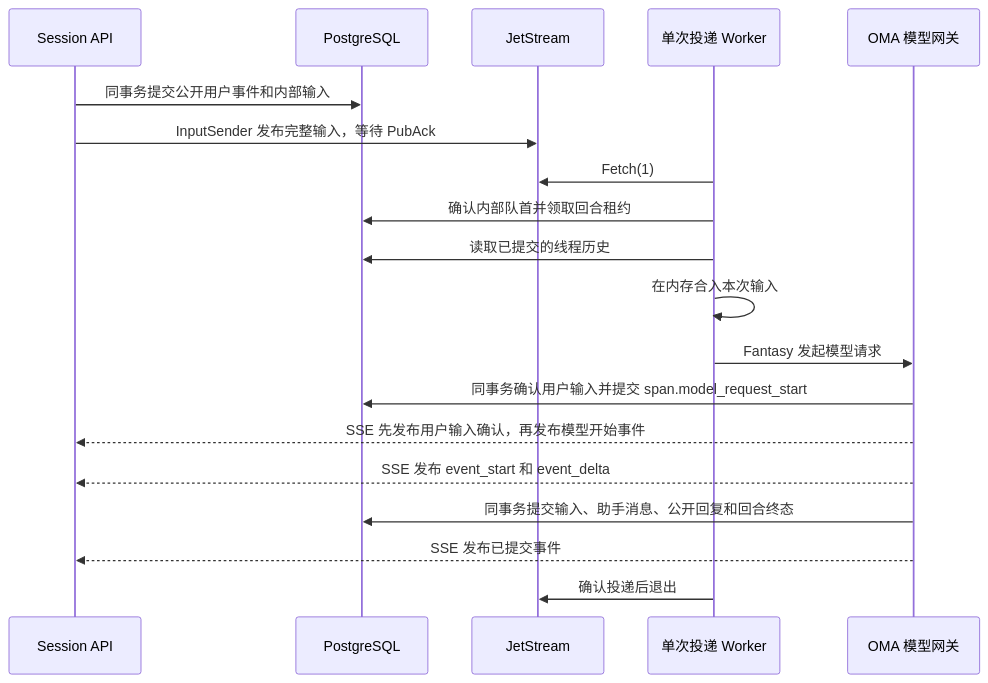
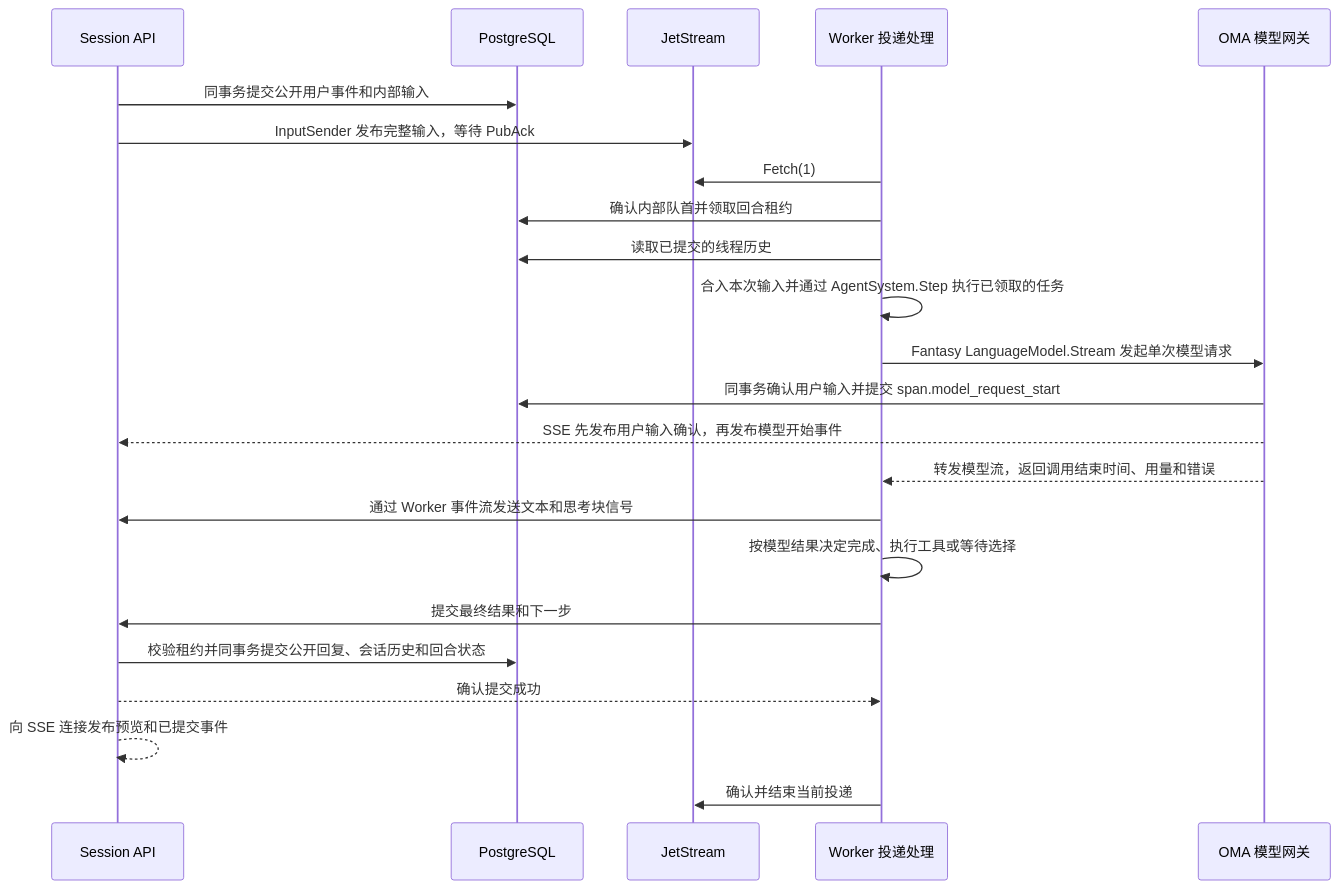
One commit to superduck-ai/open-managed-agents changed the first of 2 diagrams in docs/design/be/cloud-harness-worker.md. Above: the diagram before and after it, drawn with Mermaid. The commit also changed other lines of this file and 105 other files, not shown here.

````diff
--- a/docs/design/be/cloud-harness-worker.md
+++ b/docs/design/be/cloud-harness-worker.md
@@ -7,21 +7,25 @@
 ```mermaid
 sequenceDiagram
     participant C as Session API
     participant D as PostgreSQL
     participant N as JetStream
-    participant W as 单次投递 Worker
+    participant W as Worker 投递处理
     participant M as OMA 模型网关
     C->>D: 同事务提交公开用户事件和内部输入
     C->>N: InputSender 发布完整输入，等待 PubAck
     W->>N: Fetch(1)
     W->>D: 确认内部队首并领取回合租约
     W->>D: 读取已提交的线程历史
-    W->>W: 在内存合入本次输入
-    W->>M: Fantasy 发起模型请求
+    W->>W: 合入本次输入并通过 AgentSystem.Step 执行已领取的任务
+    W->>M: Fantasy LanguageModel.Stream 发起单次模型请求
     M->>D: 同事务确认用户输入并提交 span.model_request_start
     M-->>C: SSE 先发布用户输入确认，再发布模型开始事件
-    M-->>C: SSE 发布 event_start 和 event_delta
-    M->>D: 同事务提交输入、助手消息、公开回复和回合终态
-    M-->>C: SSE 发布已提交事件
-    W->>N: 确认投递后退出
+    M-->>W: 转发模型流，返回调用结束时间、用量和错误
+    W->>C: 通过 Worker 事件流发送文本和思考块信号
+    W->>W: 按模型结果决定完成、执行工具或等待选择
+    W->>C: 提交最终结果和下一步
+    C->>D: 校验租约并同事务提交公开回复、会话历史和回合状态
+    C-->>W: 确认提交成功
+    C-->>C: 向 SSE 连接发布预览和已提交事件
+    W->>N: 确认并结束当前投递
 ```
````
